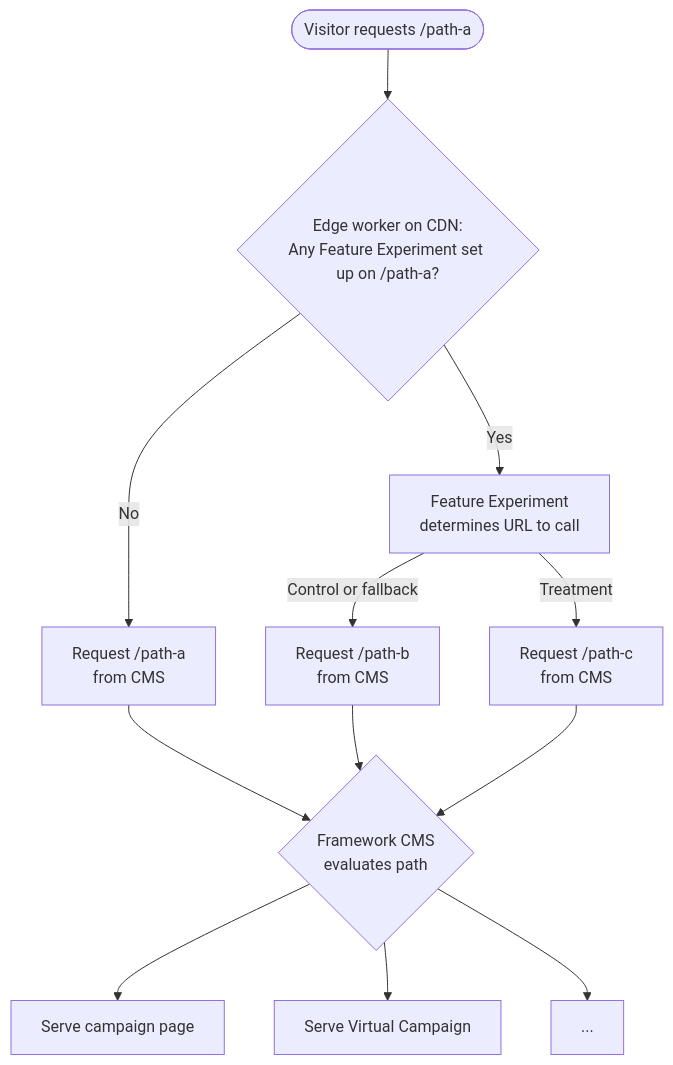
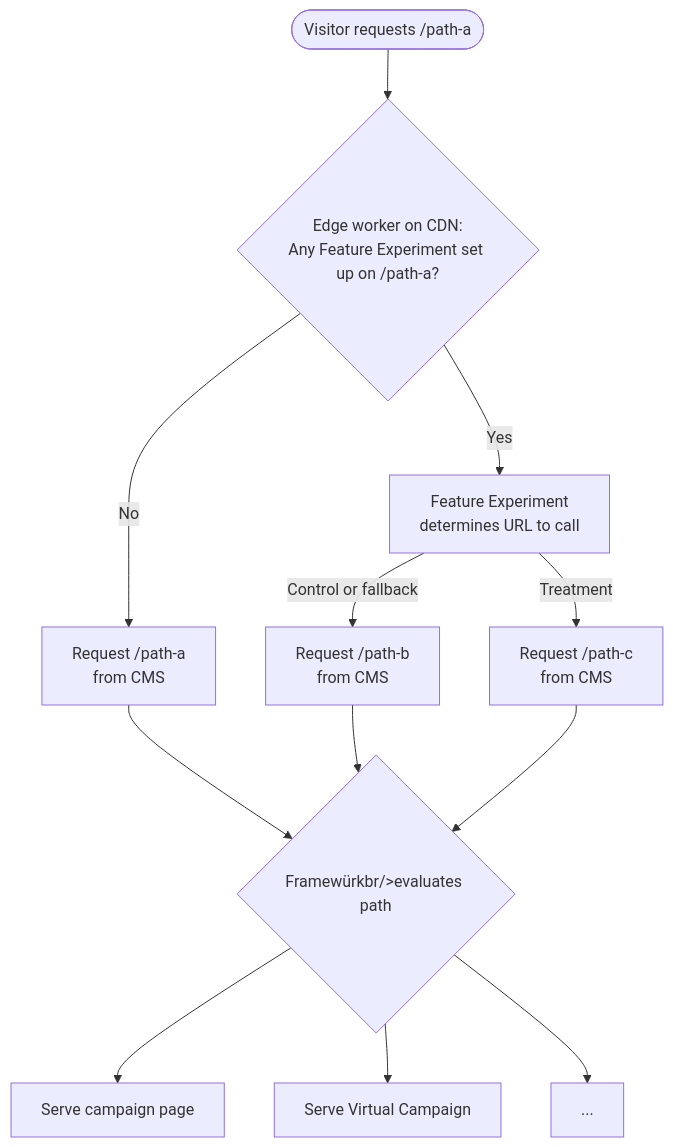
Before and after one commit to cnk-digital-solutions/framewurk-docs: the diagram in features/feature-experiments.mdx, drawn with Mermaid.

Commit message:
Updated mintlify pages
- Updated features/feature-experiments.mdx

Mintlify-Source: dashboard-editor

````diff
--- a/features/feature-experiments.mdx
+++ b/features/feature-experiments.mdx
@@ -93,19 +93,19 @@
 ```mermaid
 flowchart TD
     visitor([Visitor requests /path-a]) --> edge{Edge worker on CDN:<br/>Any Feature Experiment set up on /path-a?}
     edge -- No --> reqA[Request /path-a<br/>from CMS]
 
     edge -- Yes --> exp[Feature Experiment<br/>determines URL to call]
     exp -- "Control or fallback" --> reqB[Request /path-b<br/>from CMS]
     exp -- "Treatment" --> reqC[Request /path-c<br/>from CMS]
 
  
 
-    reqB --> cms{Framework CMS<br/>evaluates path}
+    reqB --> cms{Framewürkbr/>evaluates path}
     reqA --> cms
     reqC --> cms
 
     cms --> camp[Serve campaign page]
     cms --> virt[Serve Virtual Campaign<br/>]
     cms --> other[...]
 ```
````
